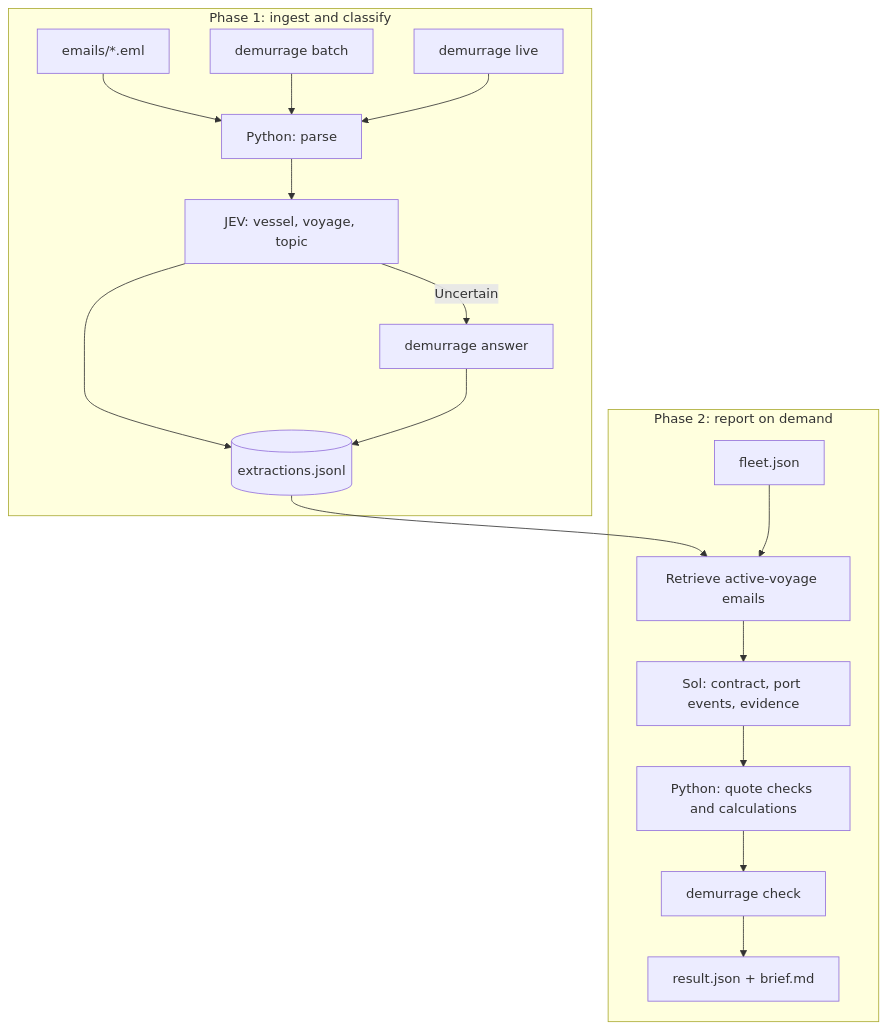
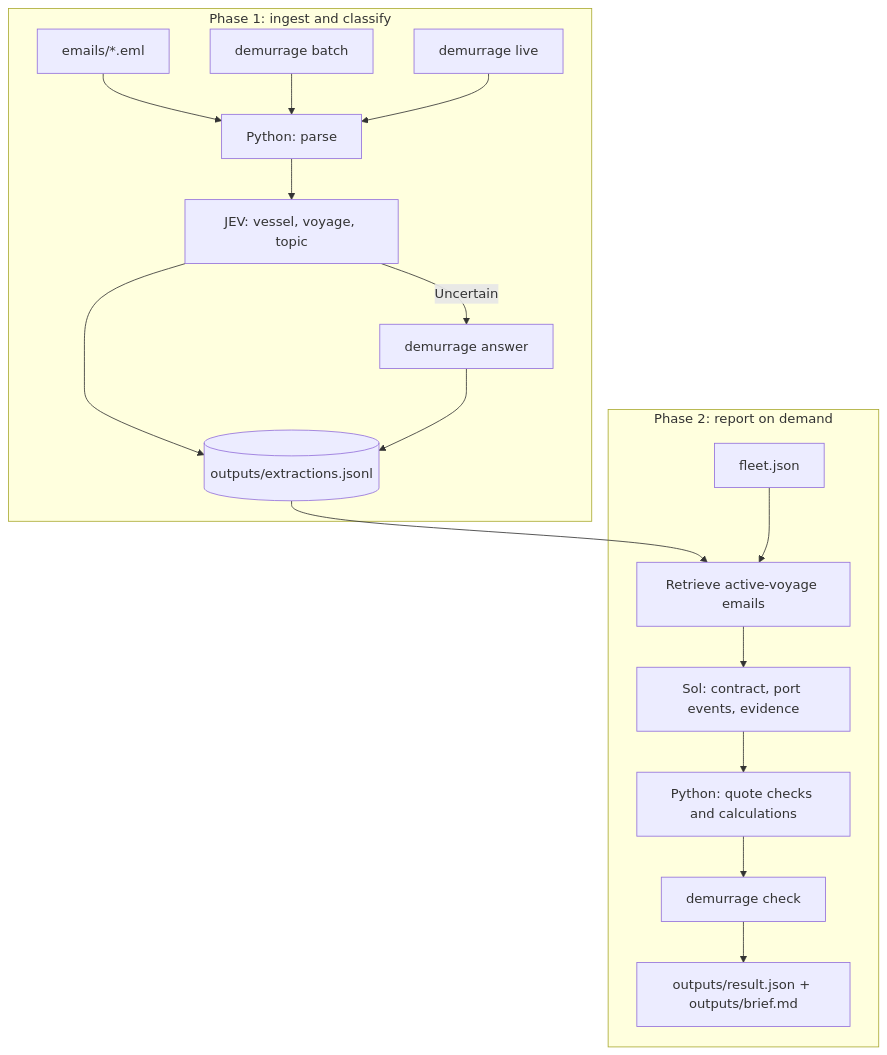
Before and after one commit to silviiaromanato/demurrage: the diagram in README.md, drawn with Mermaid. The commit also changed other lines of this file and 38 other files, not shown here.

````diff
--- a/README.md
+++ b/README.md
@@ -11,20 +11,20 @@
 ```mermaid
 flowchart TD
     subgraph P1["Phase 1: ingest and classify"]
         Emails["emails/*.eml"] --> Parse["Python: parse"]
         Batch["demurrage batch"] --> Parse
         Live["demurrage live"] --> Parse
         Parse --> JEV["JEV: vessel, voyage, topic"]
-        JEV --> Log[("extractions.jsonl")]
+        JEV --> Log[("outputs/extractions.jsonl")]
         JEV -->|"Uncertain"| Answer["demurrage answer"]
         Answer --> Log
     end
     subgraph P2["Phase 2: report on demand"]
         Log --> Retrieve["Retrieve active-voyage emails"]
         Fleet["fleet.json"] --> Retrieve
         Retrieve --> Resolver["Sol: contract, port events, evidence"]
         Resolver --> Calc["Python: quote checks and calculations"]
         Calc --> Check["demurrage check"]
-        Check --> Out["result.json + brief.md"]
+        Check --> Out["outputs/result.json + outputs/brief.md"]
     end
 ```
````
